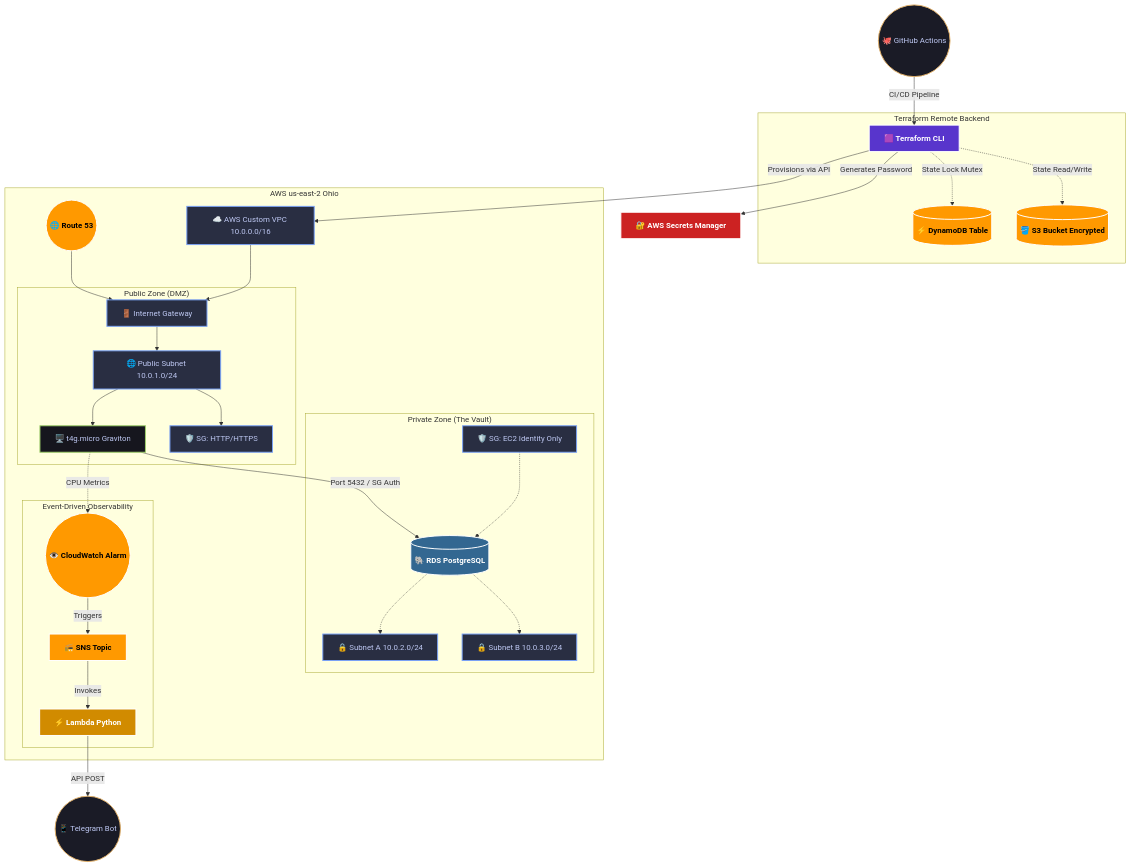
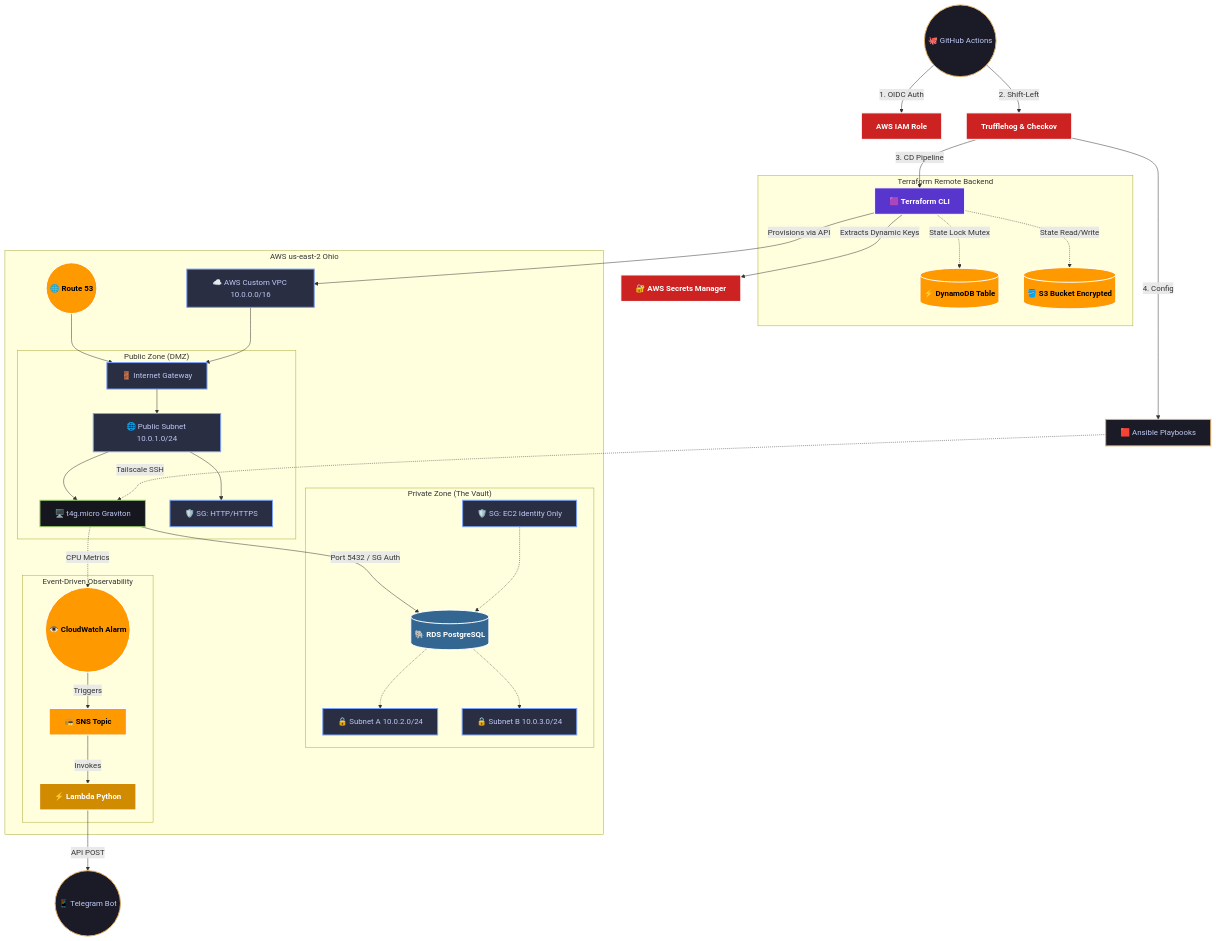
Before and after one commit to ezequieldlv/mysstic-cloud: the diagram in README.md, drawn with Mermaid. The commit also changed other lines of this file and 1 other file, not shown here.

Commit message:
docs(readme): update architecture to reflect OIDC, shift-left security, and Tailscale CD pipeline

````diff
--- a/README.md
+++ b/README.md
@@ -27,47 +29,51 @@
 ```mermaid
 graph TD
     classDef aws fill:#FF9900,stroke:#fff,stroke-width:2px,color:#000,font-weight:bold
     classDef tf fill:#5835CC,stroke:#fff,stroke-width:2px,color:#fff,font-weight:bold
     classDef cicd fill:#1a1b26,stroke:#e0af68,stroke-width:2px,color:#c0caf5
     classDef net fill:#292e42,stroke:#7aa2f7,stroke-width:2px,color:#c0caf5
     classDef compute fill:#16161e,stroke:#9ece6a,stroke-width:2px,color:#c0caf5
     classDef db fill:#336791,stroke:#fff,stroke-width:2px,color:#fff,font-weight:bold
     classDef sec fill:#cc2222,stroke:#fff,stroke-width:2px,color:#fff,font-weight:bold
     classDef serverless fill:#D18B00,stroke:#fff,stroke-width:2px,color:#fff,font-weight:bold
 
-    GitHub((🐙 GitHub Actions)):::cicd -->|CI/CD Pipeline| TF[🟪 Terraform CLI]:::tf
+    GitHub((🐙 GitHub Actions)):::cicd -->|1. OIDC Auth| IAM[AWS IAM Role]:::sec
+    GitHub -->|2. Shift-Left| SecGates[Trufflehog & Checkov]:::sec
+    SecGates -->|3. CD Pipeline| TF[🟪 Terraform CLI]:::tf
+    SecGates -->|4. Config| Ansible[🟥 Ansible Playbooks]:::cicd
     
     subgraph "Terraform Remote Backend"
         TF -.->|State Lock Mutex| Dynamo[(⚡ DynamoDB Table)]:::aws
         TF -.->|State Read/Write| S3[(🪣 S3 Bucket Encrypted)]:::aws
     end
 
     TF -->|Provisions via API| VPC[☁️ AWS Custom VPC 10.0.0.0/16]:::net
-    TF -->|Generates Password| Vault[🔐 AWS Secrets Manager]:::sec
+    TF -->|Extracts Dynamic Keys| Vault[🔐 AWS Secrets Manager]:::sec
 
     subgraph "AWS us-east-2 Ohio"
         Route53((🌐 Route 53)):::aws --> IGW
         VPC --> IGW[🚪 Internet Gateway]:::net
         
         subgraph "Public Zone (DMZ)"
             IGW --> PubSub[🌐 Public Subnet 10.0.1.0/24]:::net
             PubSub --> EC2[🖥️ t4g.micro Graviton]:::compute
             PubSub --> SG1[🛡️ SG: HTTP/HTTPS]:::net
         end
 
         subgraph "Private Zone (The Vault)"
             EC2 -->|Port 5432 / SG Auth| RDS[(🐘 RDS PostgreSQL)]:::db
             RDS -.-> PrivSub1[🔒 Subnet A 10.0.2.0/24]:::net
             RDS -.-> PrivSub2[🔒 Subnet B 10.0.3.0/24]:::net
             SG2[🛡️ SG: EC2 Identity Only]:::net -.-> RDS
         end
         
         subgraph "Event-Driven Observability"
             EC2 -.->|CPU Metrics| CW((👁️ CloudWatch Alarm)):::aws
             CW -->|Triggers| SNS[📻 SNS Topic]:::aws
             SNS -->|Invokes| Lambda[⚡ Lambda Python]:::serverless
         end
     end
     
+    Ansible -.->|Tailscale SSH| EC2
     Lambda -->|API POST| Telegram((📱 Telegram Bot)):::cicd
 ```
````
